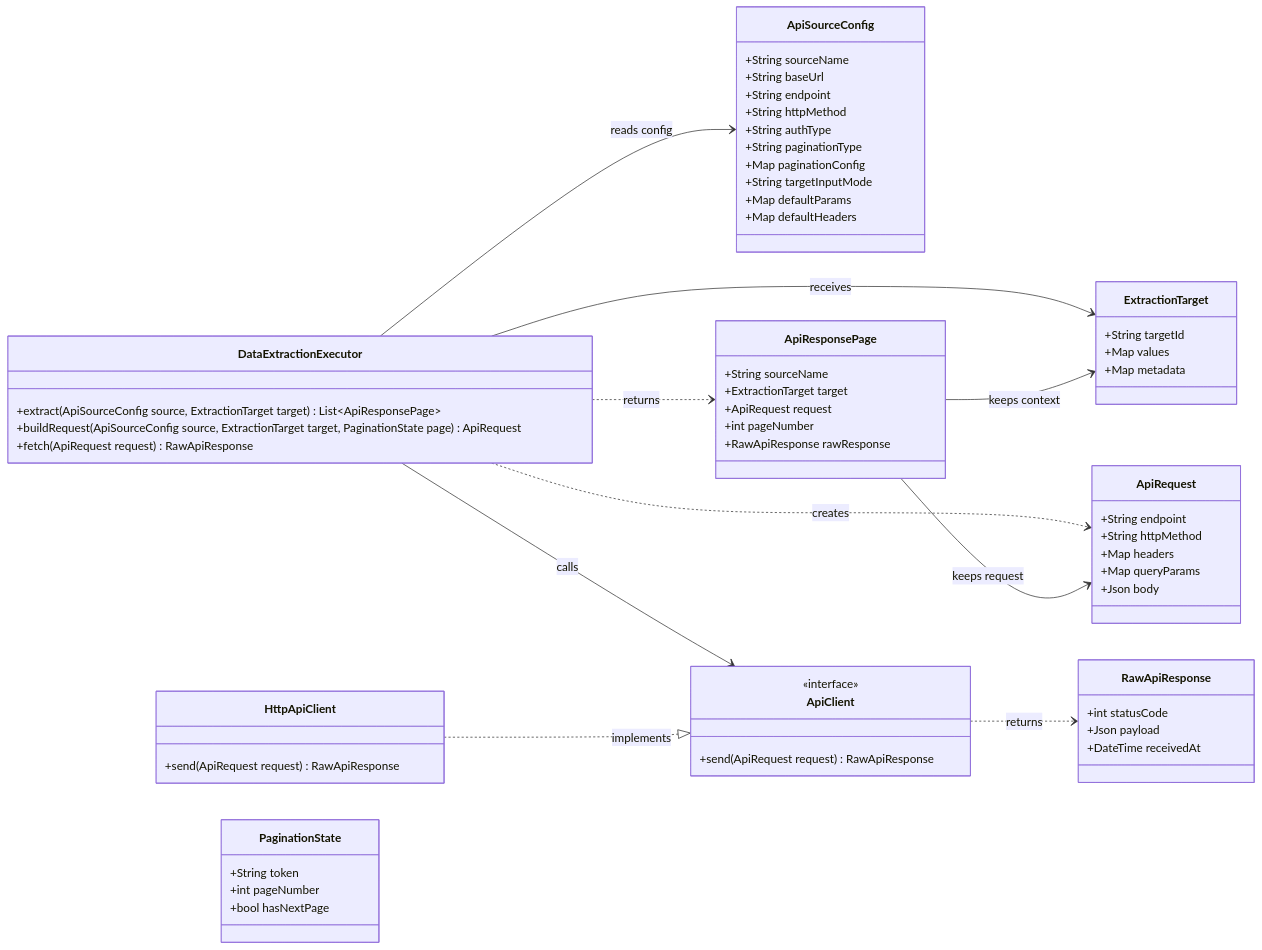
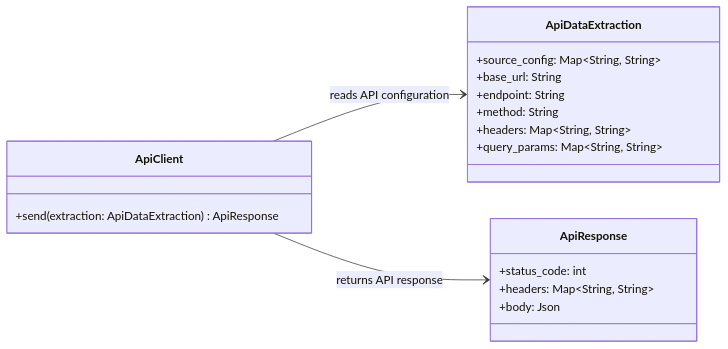
The diagram in docs/c4/level_4_code/data_ingestion/data_extraction.md (mentoria-edu/data_vet), drawn with Mermaid before and after one commit. The commit also changed other lines of this file and 4 other files, not shown here.

Commit message:
atualizando os diagramas C4 code

````diff
--- a/docs/c4/level_4_code/data_ingestion/data_extraction.md
+++ b/docs/c4/level_4_code/data_ingestion/data_extraction.md
@@ -3,76 +5,26 @@
 ```mermaid
 classDiagram
-direction LR
+    direction LR
 
-class DataExtractionExecutor {
-  +extract(ApiSourceConfig source, ExtractionTarget target) List~ApiResponsePage~
-  +buildRequest(ApiSourceConfig source, ExtractionTarget target, PaginationState page) ApiRequest
-  +fetch(ApiRequest request) RawApiResponse
-}
+    class ApiDataExtraction {
+        +source_config: Map~String, String~
+        +base_url: String
+        +endpoint: String
+        +method: String
+        +headers: Map~String, String~
+        +query_params: Map~String, String~
+    }
 
-class ExtractionTarget {
-  +String targetId
-  +Map values
-  +Map metadata
-}
+    class ApiClient {
+        +send(extraction: ApiDataExtraction) ApiResponse
+    }
 
-class ApiSourceConfig {
-  +String sourceName
-  +String baseUrl
-  +String endpoint
-  +String httpMethod
-  +String authType
-  +String paginationType
-  +Map paginationConfig
-  +String targetInputMode
-  +Map defaultParams
-  +Map defaultHeaders
-}
+    class ApiResponse {
+        +status_code: int
+        +headers: Map~String, String~
+        +body: Json
+    }
 
-class ApiClient {
-  <<interface>>
-  +send(ApiRequest request) RawApiResponse
-}
-
-class HttpApiClient {
-  +send(ApiRequest request) RawApiResponse
-}
-
-class ApiRequest {
-  +String endpoint
-  +String httpMethod
-  +Map headers
-  +Map queryParams
-  +Json body
-}
-
-class ApiResponsePage {
-  +String sourceName
-  +ExtractionTarget target
-  +ApiRequest request
-  +int pageNumber
-  +RawApiResponse rawResponse
-}
-
-class RawApiResponse {
-  +int statusCode
-  +Json payload
-  +DateTime receivedAt
-}
-
-class PaginationState {
-  +String token
-  +int pageNumber
-  +bool hasNextPage
-}
-
-DataExtractionExecutor --> ExtractionTarget : receives
-DataExtractionExecutor --> ApiSourceConfig : reads config
-DataExtractionExecutor ..> ApiRequest : creates
-DataExtractionExecutor --> ApiClient : calls
-DataExtractionExecutor ..> ApiResponsePage : returns
-ApiResponsePage --> ExtractionTarget : keeps context
-ApiResponsePage --> ApiRequest : keeps request
-HttpApiClient ..|> ApiClient : implements
-ApiClient ..> RawApiResponse : returns
+    ApiClient --> ApiDataExtraction : reads API configuration
+    ApiClient --> ApiResponse : returns API response
 ```
````
